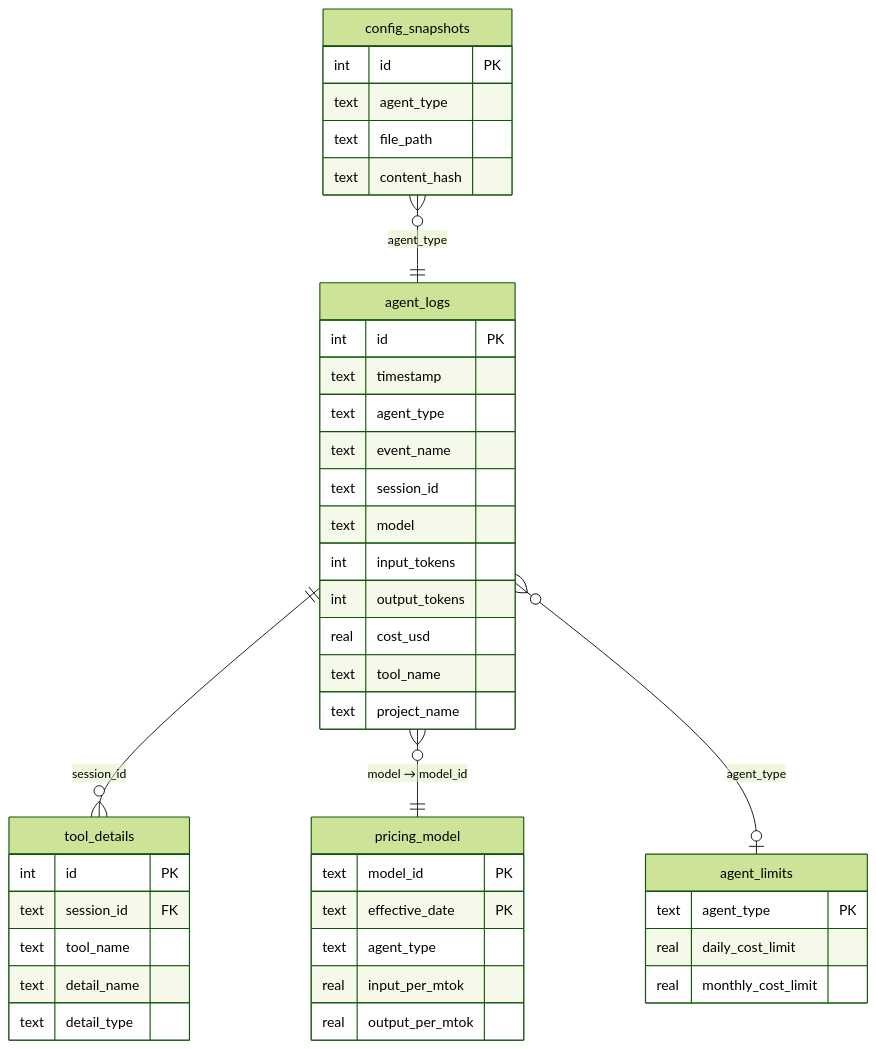
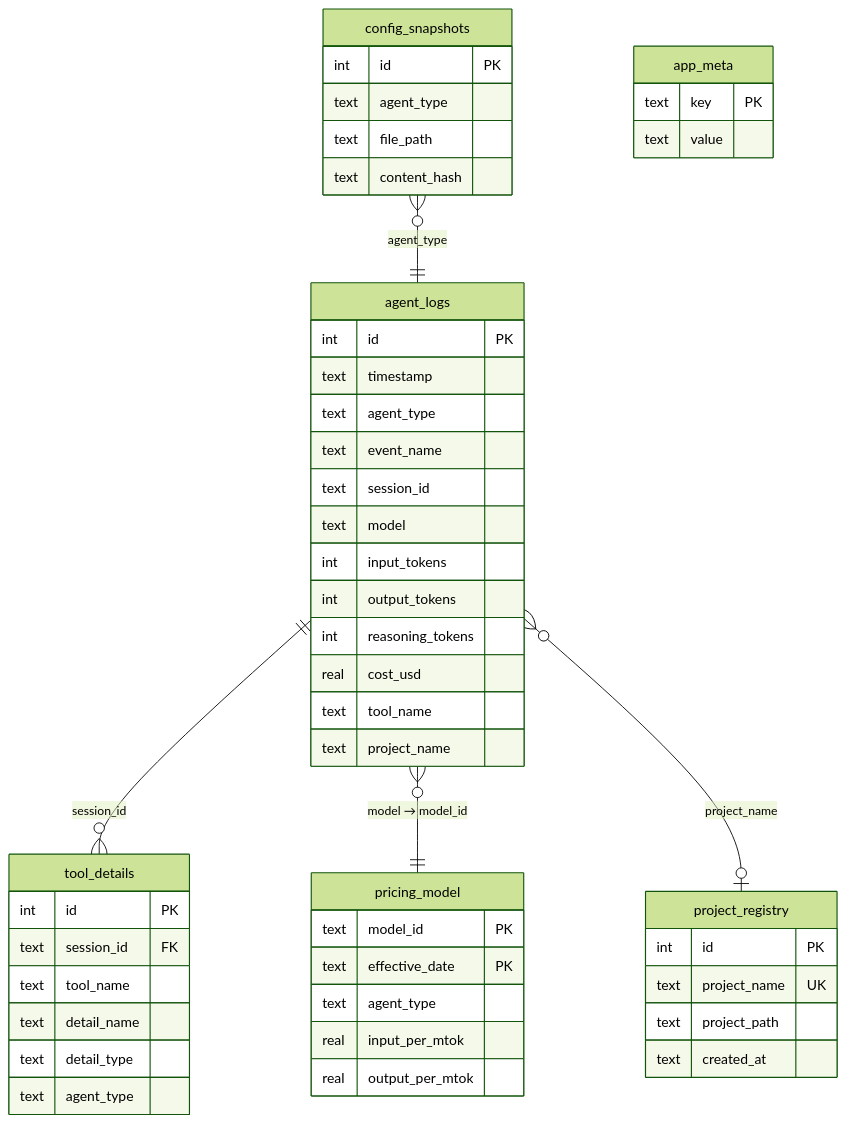
Before and after one commit to 79841/argus: the third of 5 diagrams in docs/architecture.md, drawn with Mermaid (forest theme). The commit also changed other lines of this file and 7 other files, not shown here.

````diff
--- a/docs/architecture.md
+++ b/docs/architecture.md
@@ -241,50 +251,58 @@
 ```mermaid
 erDiagram
     agent_logs ||--o{ tool_details : "session_id"
     agent_logs }o--|| pricing_model : "model → model_id"
-    agent_logs }o--o| agent_limits : "agent_type"
+    agent_logs }o--o| project_registry : "project_name"
     config_snapshots }o--|| agent_logs : "agent_type"
 
     agent_logs {
         int id PK
         text timestamp
         text agent_type
         text event_name
         text session_id
         text model
         int input_tokens
         int output_tokens
+        int reasoning_tokens
         real cost_usd
         text tool_name
         text project_name
     }
 
     pricing_model {
         text model_id PK
         text effective_date PK
         text agent_type
         real input_per_mtok
         real output_per_mtok
     }
 
     tool_details {
         int id PK
         text session_id FK
         text tool_name
         text detail_name
         text detail_type
+        text agent_type
     }
 
-    agent_limits {
-        text agent_type PK
-        real daily_cost_limit
-        real monthly_cost_limit
+    project_registry {
+        int id PK
+        text project_name UK
+        text project_path
+        text created_at
+    }
+
+    app_meta {
+        text key PK
+        text value
     }
 
     config_snapshots {
         int id PK
         text agent_type
         text file_path
         text content_hash
     }
 ```
````
